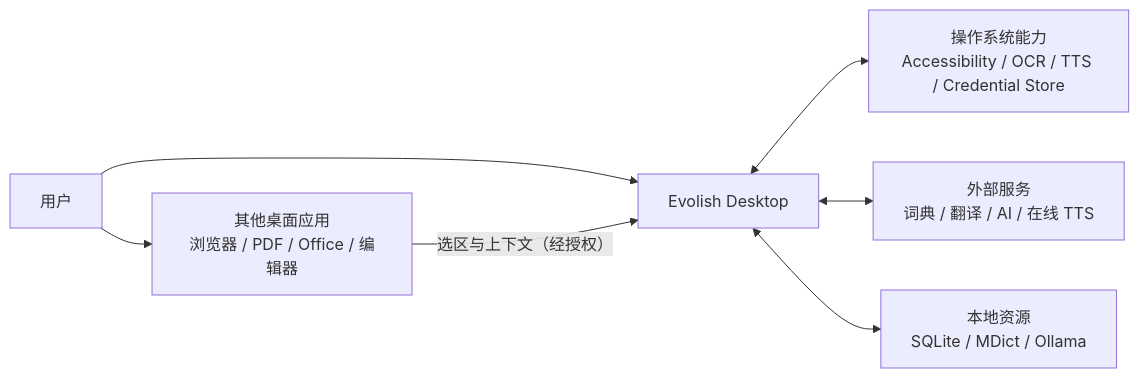
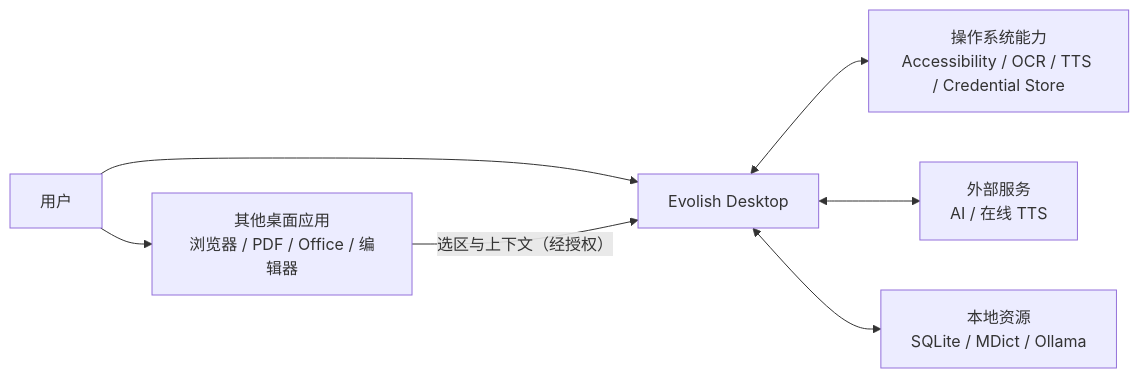
The first of 5 diagrams in docs/architecture/overall-architecture.md (NotionNest/Evolish), drawn with Mermaid before and after one commit. The commit also changed other lines of this file and 33 other files, not shown here.

````diff
--- a/docs/architecture/overall-architecture.md
+++ b/docs/architecture/overall-architecture.md
@@ -40,16 +42,16 @@
 ```mermaid
 flowchart LR
     USER["用户"]
     APPS["其他桌面应用<br/>浏览器 / PDF / Office / 编辑器"]
     EVOLISH["Evolish Desktop"]
     OS["操作系统能力<br/>Accessibility / OCR / TTS / Credential Store"]
-    PROVIDERS["外部服务<br/>词典 / 翻译 / AI / 在线 TTS"]
+    PROVIDERS["外部服务<br/>AI / 在线 TTS"]
     LOCAL["本地资源<br/>SQLite / MDict / Ollama"]
 
     USER --> EVOLISH
     USER --> APPS
     APPS -->|"选区与上下文（经授权）"| EVOLISH
     EVOLISH <--> OS
     EVOLISH <--> PROVIDERS
     EVOLISH <--> LOCAL
 ```
````
